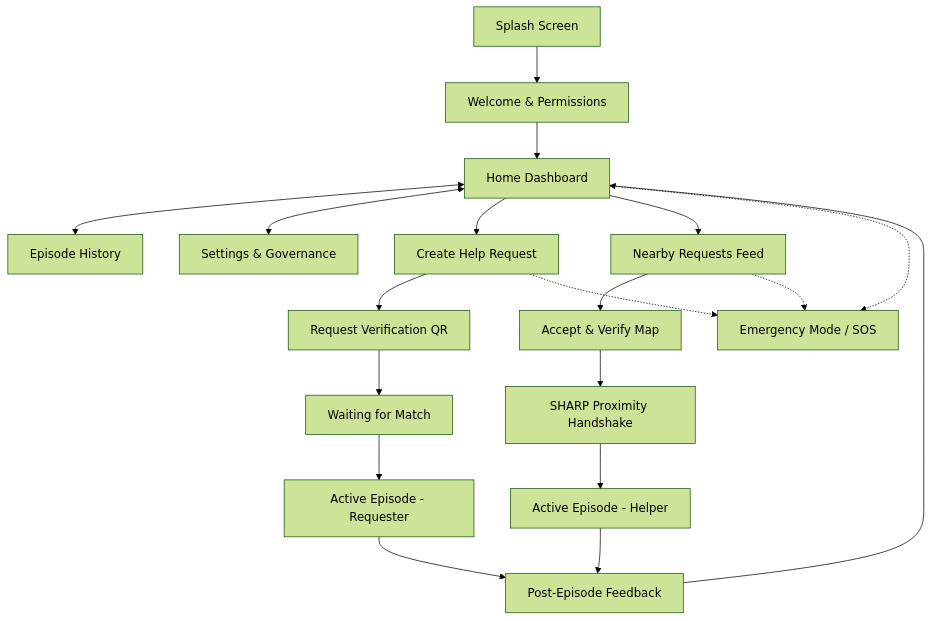
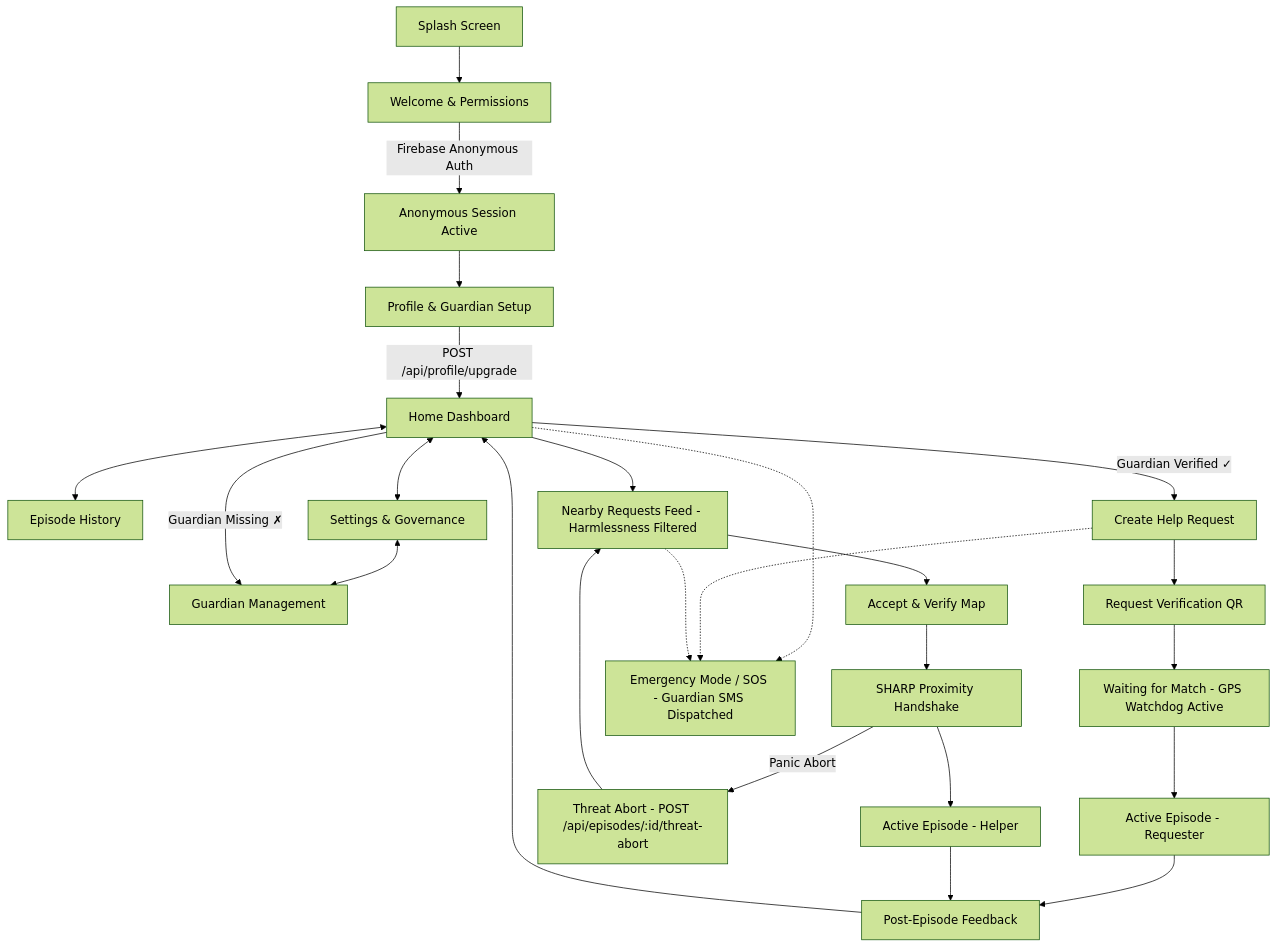
The diagram in discovery/4_navigation_map.md (TheOrionGD/Connify-APP), drawn with Mermaid (forest theme) before and after one commit. The commit also changed other lines of this file and 40 other files, not shown here.

Commit message:
feat: implement v2.0 safety core architecture including behavioral risk engine, GPS watchdog services, and guardian management systems

````diff
--- a/discovery/4_navigation_map.md
+++ b/discovery/4_navigation_map.md
@@ -9,29 +9,35 @@
 ```mermaid
 graph TD
     Splash[Splash Screen] --> Welcome[Welcome & Permissions]
-    Welcome --> Home[Home Dashboard]
-    
+    Welcome --> |Firebase Anonymous Auth| AnonSession[Anonymous Session Active]
+    AnonSession --> ProfileUpgrade[Profile & Guardian Setup]
+    ProfileUpgrade --> |POST /api/profile/upgrade| Home[Home Dashboard]
+
     %% Tab Navigation
     Home <--> History[Episode History]
     Home <--> Settings[Settings & Governance]
-    
+    Settings <--> GuardianMgmt[Guardian Management]
+
     %% Requester Flow Stack
-    Home --> RequestForm[Create Help Request]
+    Home --> |Guardian Verified ✓| RequestForm[Create Help Request]
+    Home --> |Guardian Missing ✗| GuardianMgmt
     RequestForm --> VerifyQR[Request Verification QR]
-    VerifyQR --> WaitingMatch[Waiting for Match]
+    VerifyQR --> WaitingMatch[Waiting for Match - GPS Watchdog Active]
     WaitingMatch --> ActiveRequester[Active Episode - Requester]
     ActiveRequester --> FeedbackPage[Post-Episode Feedback]
     FeedbackPage --> Home
-    
+
     %% Helper Flow Stack
-    Home --> Feed[Nearby Requests Feed]
+    Home --> Feed[Nearby Requests Feed - Harmlessness Filtered]
     Feed --> AcceptScene[Accept & Verify Map]
     AcceptScene --> ProximityHandshake[SHARP Proximity Handshake]
+    ProximityHandshake --> |Panic Abort| ThreatAbort[Threat Abort - POST /api/episodes/:id/threat-abort]
     ProximityHandshake --> ActiveHelper[Active Episode - Helper]
+    ThreatAbort --> Feed
     ActiveHelper --> FeedbackPage
-    
+
     %% Global Overrides
-    Home -.-> Emergency[Emergency Mode / SOS]
+    Home -...-> Emergency[Emergency Mode / SOS - Guardian SMS Dispatched]
     RequestForm -.-> Emergency
     Feed -.-> Emergency
 ```
````
